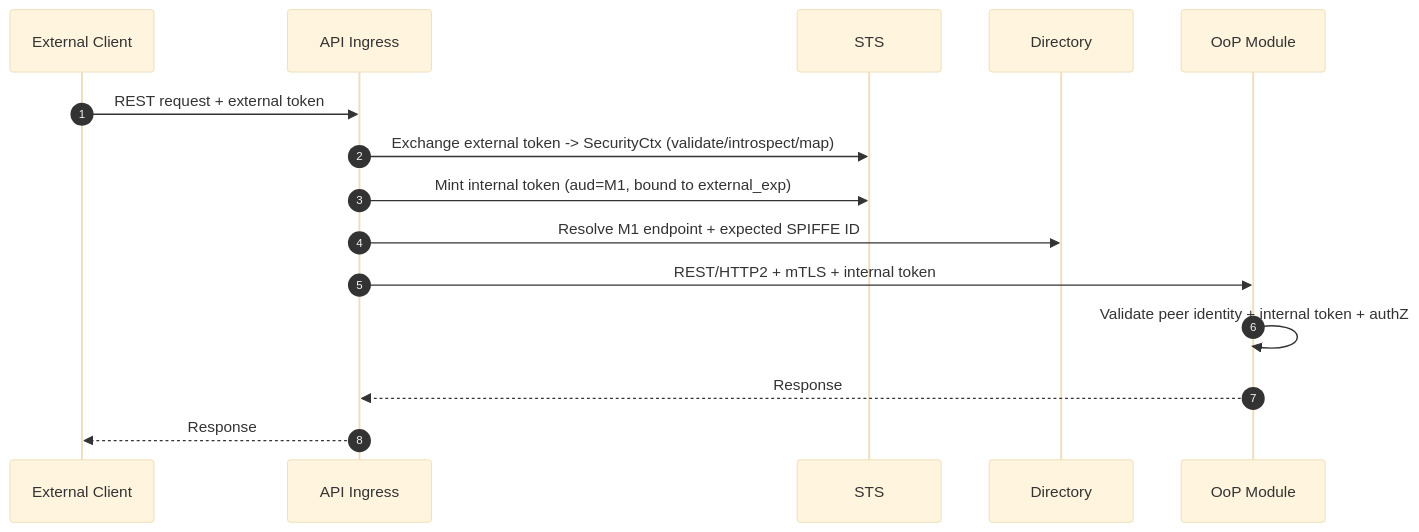
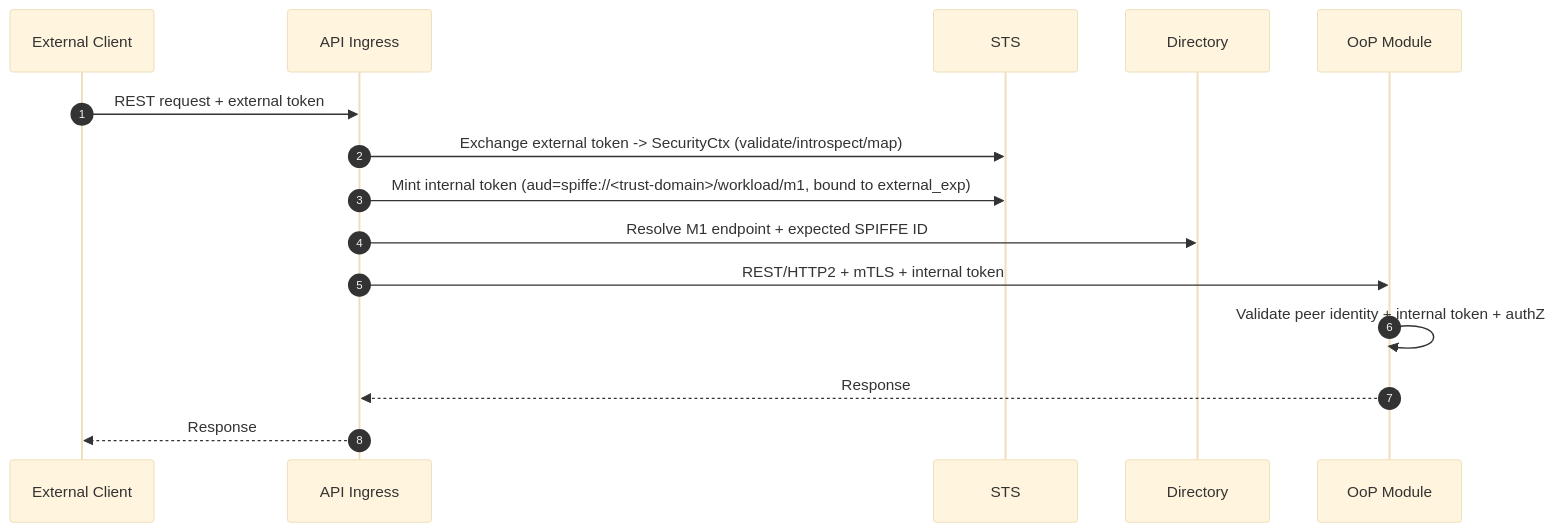
Before and after one commit to MikeFalcon77/modkit-zero-trust: the third of 5 diagrams in modkit_zero_trust.MD, drawn with Mermaid (base theme). The commit also changed other lines of this file, not shown here.

````diff
--- a/modkit_zero_trust.MD
+++ b/modkit_zero_trust.MD
@@ -1034,18 +1254,18 @@
 ```mermaid
 sequenceDiagram
   autonumber
   participant C as External Client
   participant AG as API Ingress
   participant STS as STS
   participant DIR as Directory
   participant M1 as OoP Module
 
   C->>AG: REST request + external token
   AG->>STS: Exchange external token -> SecurityCtx (validate/introspect/map)
-  AG->>STS: Mint internal token (aud=M1, bound to external_exp)
+  AG->>STS: Mint internal token (aud=spiffe://<trust-domain>/workload/m1, bound to external_exp)
   AG->>DIR: Resolve M1 endpoint + expected SPIFFE ID
   AG->>M1: REST/HTTP2 + mTLS + internal token
   M1->>M1: Validate peer identity + internal token + authZ
   M1-->>AG: Response
   AG-->>C: Response
 ```
````
